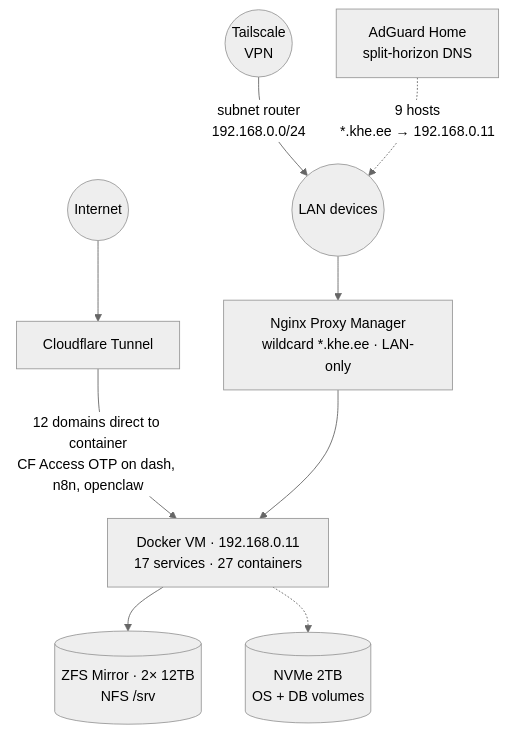
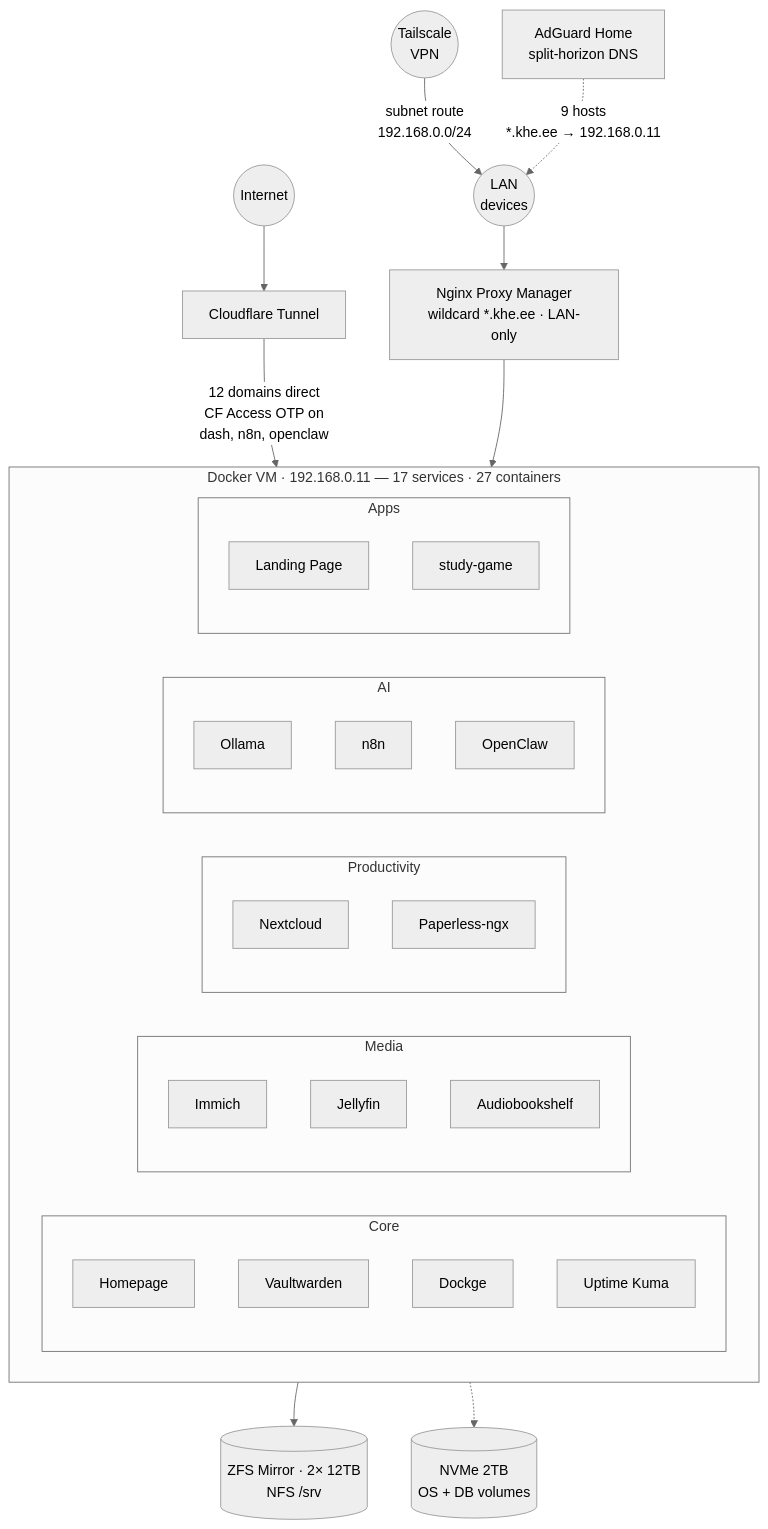
Before and after one commit to khelias/khe-homelab: the diagram in README.md, drawn with Mermaid (neutral theme). The commit also changed other lines of this file, not shown here.

Commit message:
README: diagram shows services grouped by category
Top level keeps the traffic flow (Internet → CF → VM, LAN → NPM → VM),
but the Docker VM is now a subgraph containing five category subgraphs
(Core, Media, Productivity, AI, Apps) listing each service by name.
NPM, AdGuard, and Cloudflare Tunnel stay in the ingress tier for clarity
— a footnote notes they also run inside the VM.

````diff
--- a/README.md
+++ b/README.md
@@ -7,19 +7,45 @@
 ```mermaid
 graph TB
     Internet((Internet))
     VPN((Tailscale<br/>VPN))
-    AG[AdGuard Home<br/>split-horizon DNS]
+    LAN((LAN<br/>devices))
 
     Internet --> CF[Cloudflare Tunnel]
-    VPN -->|subnet router<br/>192.168.0.0/24| LAN((LAN devices))
-    AG -.->|9 hosts<br/>*.khe.ee → 192.168.0.11| LAN
+    VPN -->|subnet route<br/>192.168.0.0/24| LAN
+    AG[AdGuard Home<br/>split-horizon DNS] -.->|9 hosts<br/>*.khe.ee → 192.168.0.11| LAN
+    LAN --> NPM[Nginx Proxy Manager<br/>wildcard *.khe.ee · LAN-only]
 
-    CF -->|12 domains direct to container<br/>CF Access OTP on dash, n8n, openclaw| CTR
-    LAN --> NPM[Nginx Proxy Manager<br/>wildcard *.khe.ee · LAN-only]
-    NPM --> CTR
+    CF -->|12 domains direct<br/>CF Access OTP on<br/>dash, n8n, openclaw| DVM
+    NPM --> DVM
 
-    CTR[Docker VM · 192.168.0.11<br/>17 services · 27 containers]
+    subgraph DVM[Docker VM · 192.168.0.11 — 17 services · 27 containers]
+        direction LR
+        subgraph Core
+            Homepage
+            Vaultwarden
+            Dockge
+            UptimeKuma[Uptime Kuma]
+        end
+        subgraph Media
+            Immich
+            Jellyfin
+            Audiobookshelf
+        end
+        subgraph Productivity
+            Nextcloud
+            Paperless[Paperless-ngx]
+        end
+        subgraph AI
+            Ollama
+            n8n
+            OpenClaw
+        end
+        subgraph Apps
+            Landing[Landing Page]
+            StudyGame[study-game]
+        end
+    end
 
-    CTR --> HDD[(ZFS Mirror · 2× 12TB<br/>NFS /srv)]
-    CTR -.-> NVMe[(NVMe 2TB<br/>OS + DB volumes)]
+    DVM --> HDD[(ZFS Mirror · 2× 12TB<br/>NFS /srv)]
+    DVM -.-> NVMe[(NVMe 2TB<br/>OS + DB volumes)]
 ```
````
